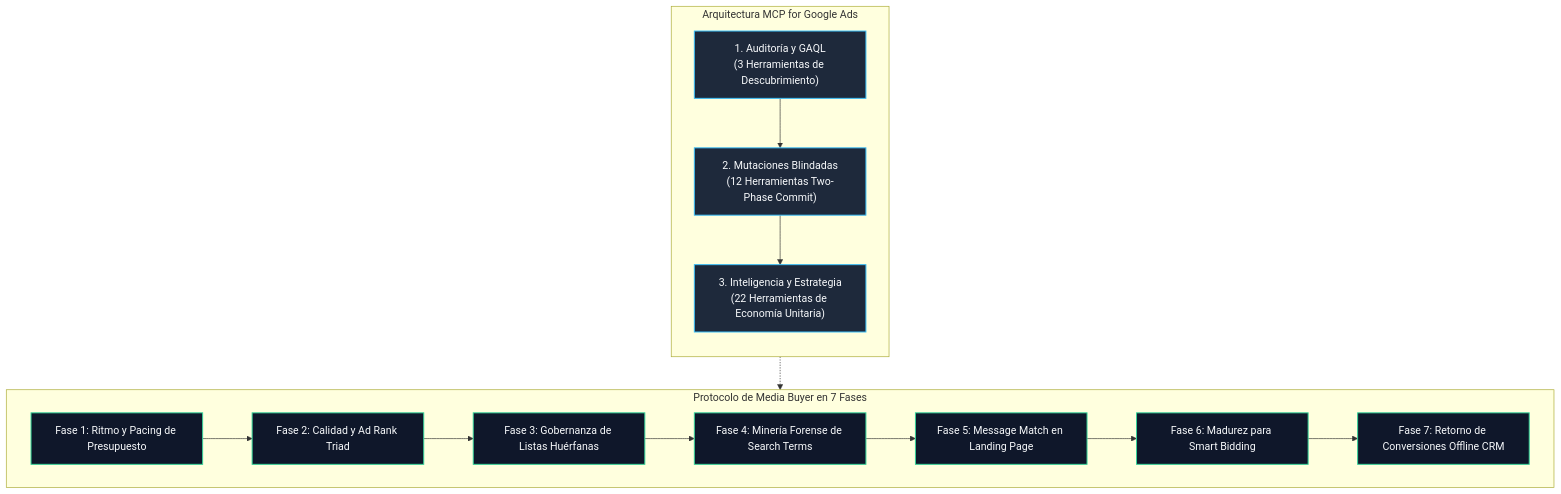
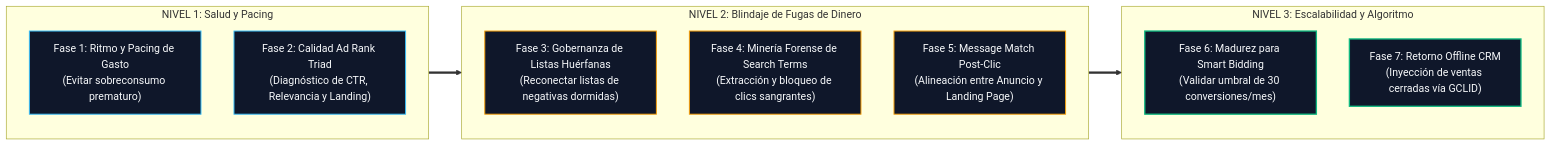
The third of 3 diagrams in README_es.md (eddvasquez/mcp-for-google-ads), drawn with Mermaid before and after one commit. The commit also changed other lines of this file and 1 other file, not shown here.

Commit message:
docs: elevar diagramacion vectorial Mermaid con bucle de envenenamiento vs CRM, secuencia de Two-Phase Commit y embudo de 7 fases

````diff
--- a/README_es.md
+++ b/README_es.md
@@ -117,24 +173,30 @@
 ```mermaid
-flowchart TD
-    subgraph Engine ["Arquitectura MCP for Google Ads"]
+flowchart LR
+    subgraph NIVEL1 ["NIVEL 1: Salud y Pacing"]
         direction TB
-        A["1. Auditoría y GAQL<br>(3 Herramientas de Descubrimiento)"] --> B["2. Mutaciones Blindadas<br>(12 Herramientas Two-Phase Commit)"]
-        B --> C["3. Inteligencia y Estrategia<br>(22 Herramientas de Economía Unitaria)"]
+        F1["Fase 1: Ritmo y Pacing de Gasto<br>(Evitar sobreconsumo prematuro)"]
+        F2["Fase 2: Calidad Ad Rank Triad<br>(Diagnóstico de CTR, Relevancia y Landing)"]
     end
 
-    subgraph Workflow ["Protocolo de Media Buyer en 7 Fases"]
-        W1["Fase 1: Ritmo y Pacing de Presupuesto"] --> W2["Fase 2: Calidad y Ad Rank Triad"]
-        W2 --> W3["Fase 3: Gobernanza de Listas Huérfanas"]
-        W3 --> W4["Fase 4: Minería Forense de Search Terms"]
-        W4 --> W5["Fase 5: Message Match en Landing Page"]
-        W5 --> W6["Fase 6: Madurez para Smart Bidding"]
-        W6 --> W7["Fase 7: Retorno de Conversiones Offline CRM"]
+    subgraph NIVEL2 ["NIVEL 2: Blindaje de Fugas de Dinero"]
+        direction TB
+        F3["Fase 3: Gobernanza de Listas Huérfanas<br>(Reconectar listas de negativas dormidas)"]
+        F4["Fase 4: Minería Forense de Search Terms<br>(Extracción y bloqueo de clics sangrantes)"]
+        F5["Fase 5: Message Match Post-Clic<br>(Alineación entre Anuncio y Landing Page)"]
     end
 
-    Engine -.-> Workflow
+    subgraph NIVEL3 ["NIVEL 3: Escalabilidad y Algoritmo"]
+        direction TB
+        F6["Fase 6: Madurez para Smart Bidding<br>(Validar umbral de 30 conversiones/mes)"]
+        F7["Fase 7: Retorno Offline CRM<br>(Inyección de ventas cerradas vía GCLID)"]
+    end
 
-    classDef core fill:#1e293b,stroke:#38bdf8,stroke-width:1.5px,color:#f8fafc;
-    classDef flow fill:#0f172a,stroke:#34d399,stroke-width:1.5px,color:#f8fafc;
-    class A,B,C core;
-    class W1,W2,W3,W4,W5,W6,W7 flow;
+    NIVEL1 ==> NIVEL2 ==> NIVEL3
+
+    classDef n1 fill:#0f172a,stroke:#38bdf8,stroke-width:1.5px,color:#f8fafc;
+    classDef n2 fill:#0f172a,stroke:#f59e0b,stroke-width:1.5px,color:#f8fafc;
+    classDef n3 fill:#0f172a,stroke:#10b981,stroke-width:2px,color:#f8fafc;
+    class F1,F2 n1;
+    class F3,F4,F5 n2;
+    class F6,F7 n3;
 ```
````
